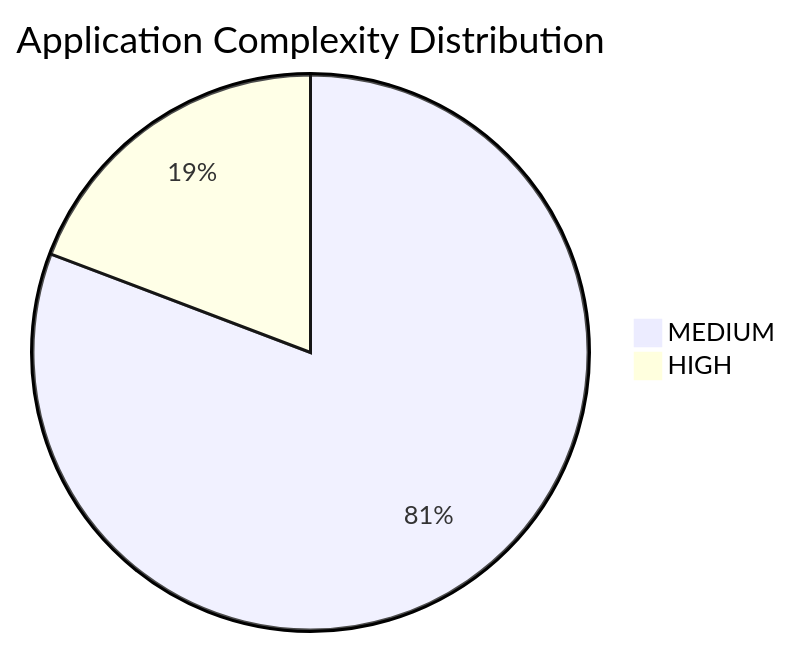
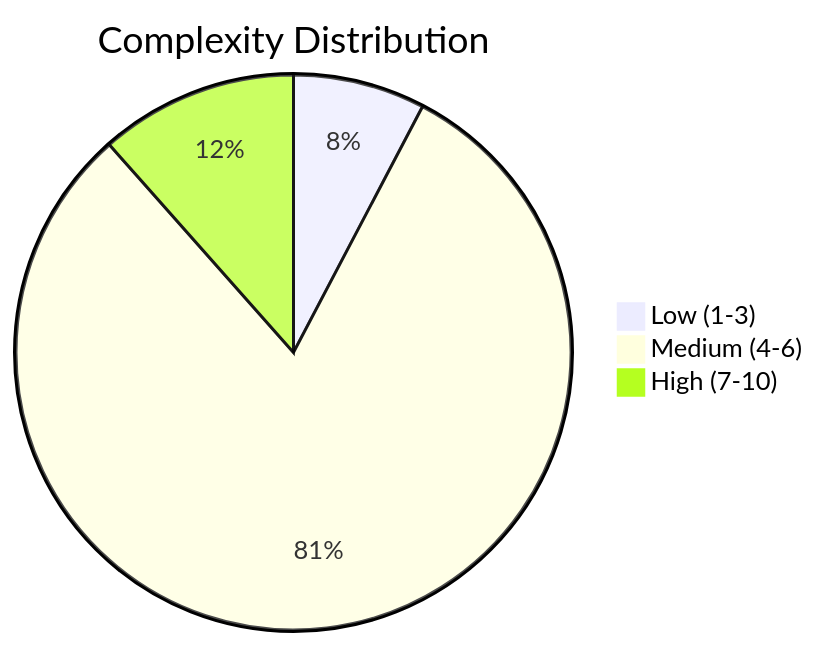
One commit to ktruchcz/copilot-test-ktruchcz changed the first of 4 diagrams in discover/output/reports/portfolio_report.md. Above: the diagram before and after it, drawn with Mermaid. The commit also changed other lines of this file and 227 other files, not shown here.

````diff
--- a/discover/output/reports/portfolio_report.md
+++ b/discover/output/reports/portfolio_report.md
@@ -20,5 +12,6 @@
 ```mermaid
-pie title Application Complexity Distribution
-    "MEDIUM" : 21
-    "HIGH" : 5
+pie title Complexity Distribution
+    "Low (1-3)" : 2
+    "Medium (4-6)" : 21
+    "High (7-10)" : 3
 ```
````
